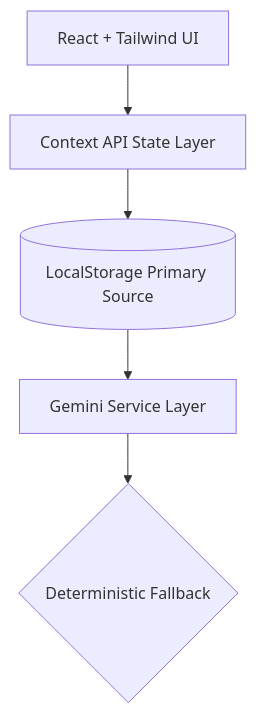
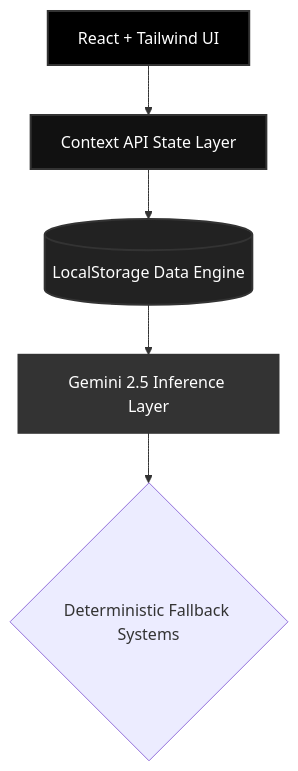
Before and after one commit to dishudhalwal12/Breeze-26: the diagram in README.md, drawn with Mermaid. The commit also changed other lines of this file, not shown here.

````diff
--- a/README.md
+++ b/README.md
@@ -152,7 +100,12 @@
 ```mermaid
 graph TD;
     UI[React + Tailwind UI] --> State[Context API State Layer];
-    State --> Storage[(LocalStorage Primary Source)];
-    Storage --> AI[Gemini Service Layer];
-    AI --> Fallback{Deterministic Fallback};
+    State --> Storage[(LocalStorage Data Engine)];
+    Storage --> AI[Gemini 2.5 Inference Layer];
+    AI --> Fallback{Deterministic Fallback Systems};
+
+    style UI fill:#000000,stroke:#333,stroke-width:2px,color:#fff
+    style State fill:#111111,stroke:#333,stroke-width:2px,color:#fff
+    style Storage fill:#222222,stroke:#333,stroke-width:2px,color:#fff
+    style AI fill:#333333,stroke:#333,stroke-width:2px,color:#fff
 ```
````
